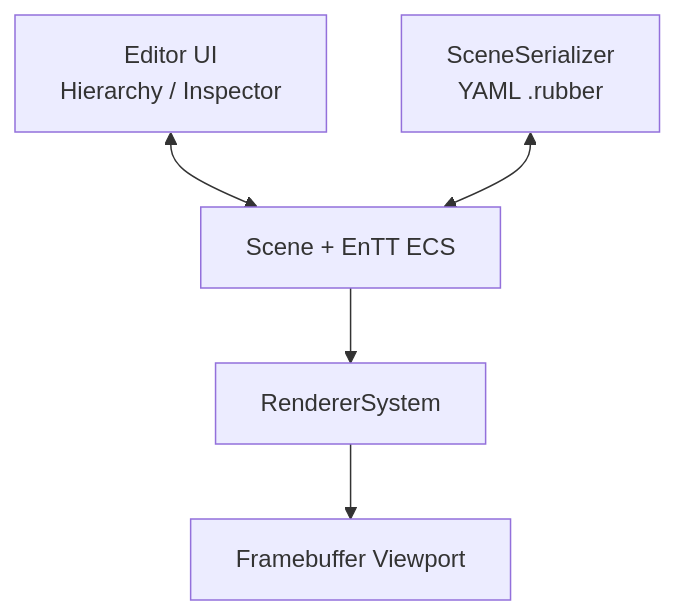
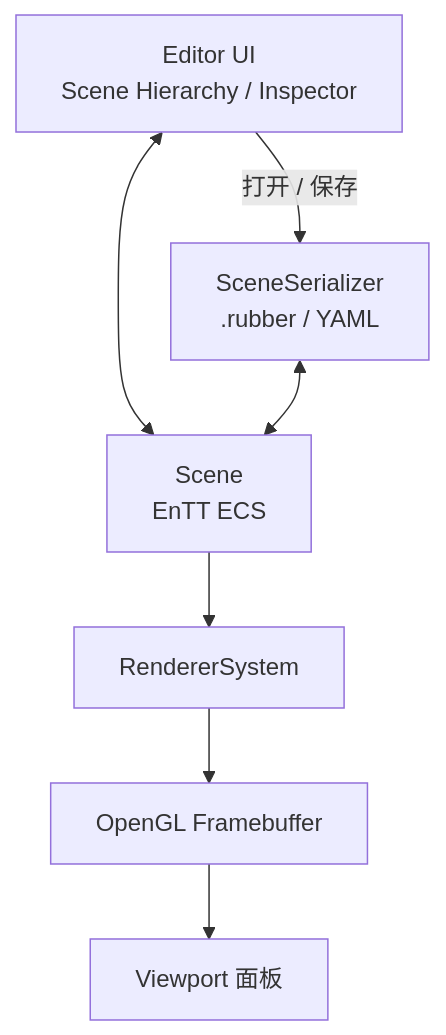
The diagram in README.md (AAAiee/Rubber-2D-Game-Engine), drawn with Mermaid before and after one commit. The commit also changed other lines of this file, not shown here.

Commit message:
Polish Chinese Editor README

````diff
--- a/README.md
+++ b/README.md
@@ -51,7 +51,16 @@
 ```mermaid
 flowchart TB
-    UI["Editor UI<br/>Hierarchy / Inspector"] <--> Scene["Scene + EnTT ECS"]
-    Scene --> Renderer["RendererSystem"]
-    Renderer --> Viewport["Framebuffer Viewport"]
-    Serializer["SceneSerializer<br/>YAML .rubber"] <--> Scene
+    UI["Editor UI<br/>Scene Hierarchy / Inspector"]
+    Scene["Scene<br/>EnTT ECS"]
+    Renderer["RendererSystem"]
+    Framebuffer["OpenGL Framebuffer"]
+    Viewport["Viewport 面板"]
+    Serializer["SceneSerializer<br/>.rubber / YAML"]
+
+    UI <--> Scene
+    Scene --> Renderer
+    Renderer --> Framebuffer
+    Framebuffer --> Viewport
+    UI -->|打开 / 保存| Serializer
+    Serializer <--> Scene
 ```
````
